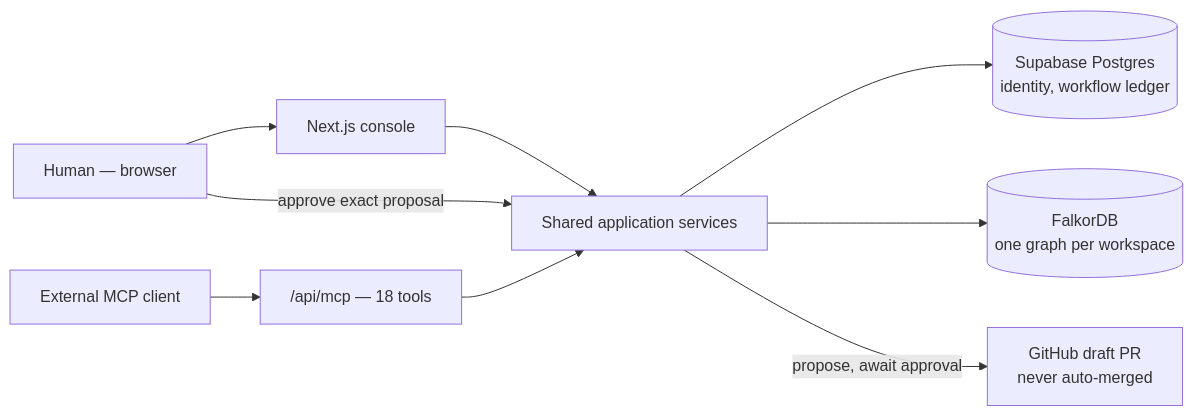
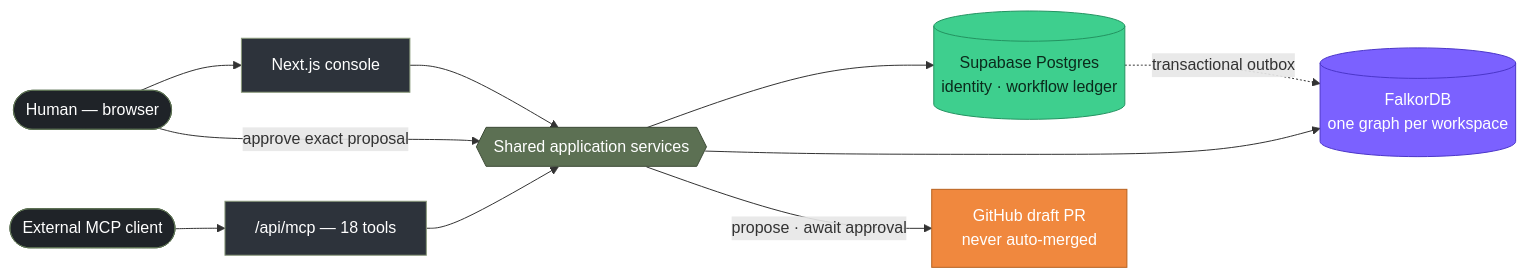
The first of 2 diagrams in README.md (AVENGERSTHE2102/BroCode), drawn with Mermaid before and after one commit. The commit also changed other lines of this file and 1 other file, not shown here.

````diff
--- a/README.md
+++ b/README.md
@@ -165,11 +262,19 @@
 ```mermaid
 flowchart LR
-    H[Human — browser] --> WEB[Next.js console]
-    X[External MCP client] --> MCP["/api/mcp — 18 tools"]
-    WEB --> SVC[Shared application services]
+    H([Human — browser]):::human --> WEB[Next.js console]:::app
+    X([External MCP client]):::human --> MCP["/api/mcp — 18 tools"]:::app
+    WEB --> SVC{{Shared application services}}:::core
     MCP --> SVC
-    SVC --> PG[(Supabase Postgres\nidentity, workflow ledger)]
-    SVC --> G[(FalkorDB\none graph per workspace)]
-    SVC -->|propose, await approval| GH[GitHub draft PR\nnever auto-merged]
+    SVC --> PG[(Supabase Postgres<br/>identity · workflow ledger)]:::store
+    SVC --> G[(FalkorDB<br/>one graph per workspace)]:::graphdb
+    PG -. transactional outbox .-> G
+    SVC -->|propose · await approval| GH[GitHub draft PR<br/>never auto-merged]:::action
     H -->|approve exact proposal| SVC
+
+    classDef human fill:#1f2328,stroke:#5c7053,color:#fff
+    classDef app fill:#2d333b,stroke:#8a9a7b,color:#fff
+    classDef core fill:#5c7053,stroke:#3d4b37,color:#fff
+    classDef store fill:#3ecf8e,stroke:#249361,color:#0b2b1c
+    classDef graphdb fill:#7b61ff,stroke:#4b36c9,color:#fff
+    classDef action fill:#f0883e,stroke:#b8621f,color:#fff
 ```
````
